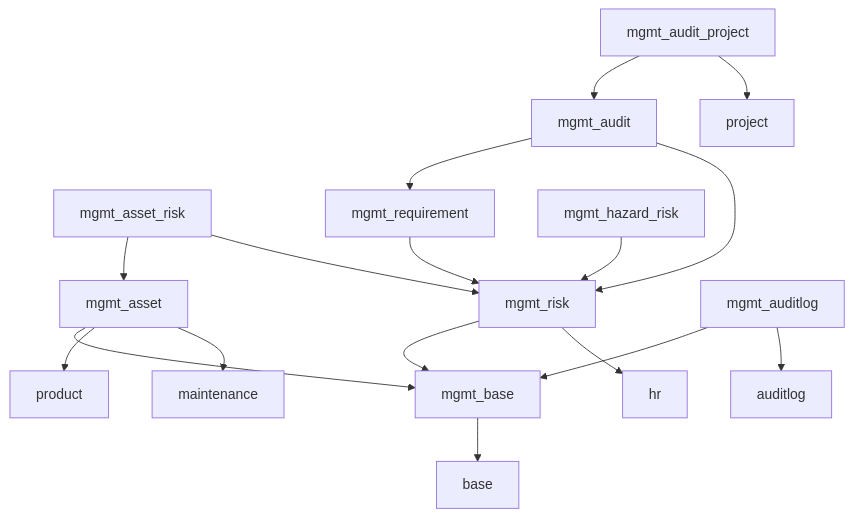
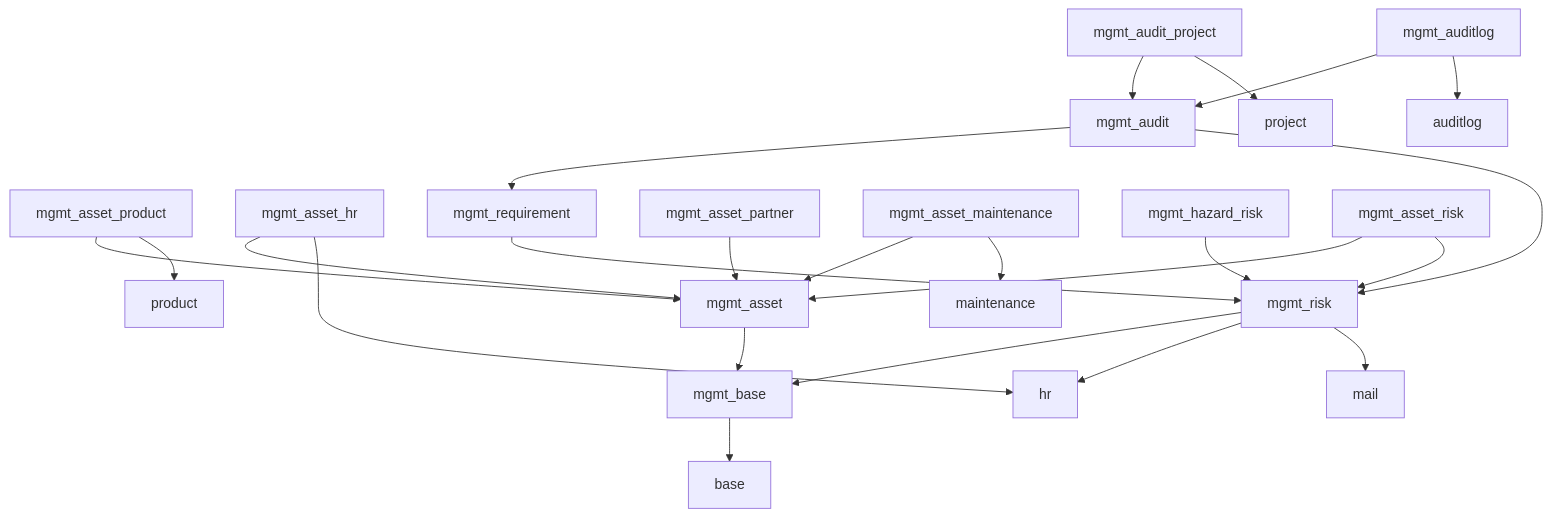
Before and after one commit to Mint-System/Odoo-Wiki: the diagram in Management System.md, drawn with Mermaid. The commit also changed other lines of this file and 5 other files, not shown here.

````diff
--- a/Management System.md
+++ b/Management System.md
@@ -33,19 +37,25 @@
 ```mermaid
 graph TD
-  mgmt_asset --> mgmt_base
-  mgmt_asset --> product
-  mgmt_asset --> maintenance
-  mgmt_asset_risk --> mgmt_asset
-  mgmt_asset_risk --> mgmt_risk
-  mgmt_audit --> mgmt_requirement
-  mgmt_audit --> mgmt_risk
-  mgmt_auditlog --> mgmt_base
-  mgmt_auditlog --> auditlog
-  mgmt_audit_project --> mgmt_audit
-  mgmt_audit_project --> project
-  mgmt_base --> base
-  mgmt_hazard_risk --> mgmt_risk
-  mgmt_requirement --> mgmt_risk
-  mgmt_risk --> mgmt_base
-  mgmt_risk --> hr
+    mgmt_asset_product --> mgmt_asset
+    mgmt_asset_product --> product
+    mgmt_asset --> mgmt_base
+    mgmt_base --> base
+    mgmt_asset_hr --> mgmt_asset
+    mgmt_asset_hr --> hr
+    mgmt_requirement --> mgmt_risk
+    mgmt_risk --> mgmt_base
+    mgmt_risk --> hr
+    mgmt_risk --> mail
+    mgmt_audit_project --> mgmt_audit
+    mgmt_audit_project --> project
+    mgmt_audit --> mgmt_requirement
+    mgmt_audit --> mgmt_risk
+    mgmt_asset_partner --> mgmt_asset
+    mgmt_asset_maintenance --> mgmt_asset
+    mgmt_asset_maintenance --> maintenance
+    mgmt_hazard_risk --> mgmt_risk
+    mgmt_auditlog --> mgmt_audit
+    mgmt_auditlog --> auditlog
+    mgmt_asset_risk --> mgmt_asset
+    mgmt_asset_risk --> mgmt_risk
 ```
````
